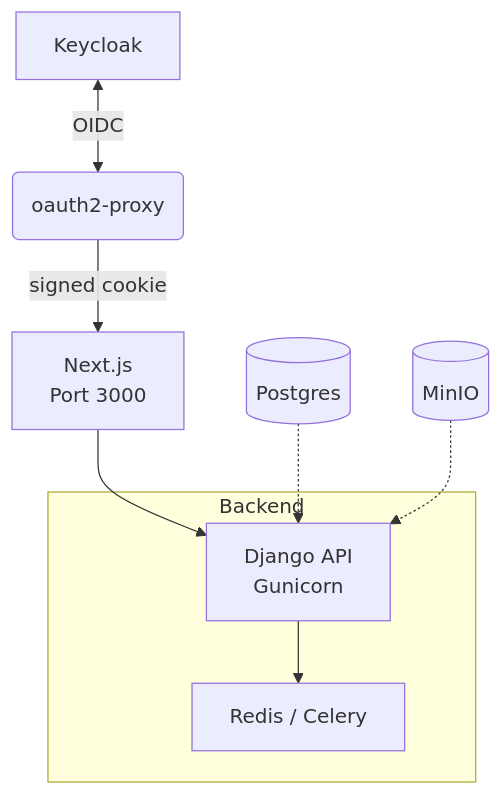
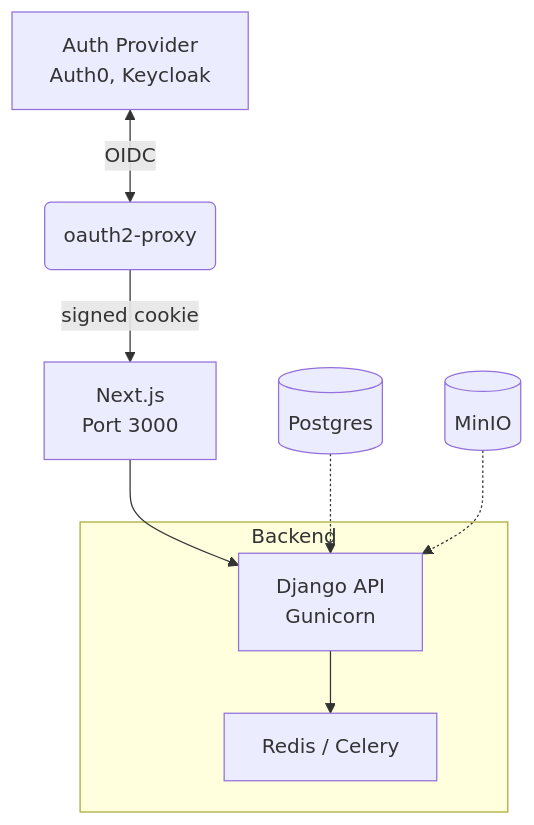
One commit to kgonidis/vcms changed the diagram in development-plan.md. Above: the diagram before and after it, drawn with Mermaid.

Commit message:
update dev plan

````diff
--- a/development-plan.md
+++ b/development-plan.md
@@ -33,13 +33,13 @@
 ```mermaid
 graph TD
-    KC[Keycloak] <-->|OIDC| OP(oauth2-proxy)
+    KC[Auth Provider<br>Auth0, Keycloak] <-->|OIDC| OP(oauth2-proxy)
     OP -->|signed cookie| NX[Next.js<br>Port 3000]
     subgraph Backend
         DJ[Django API<br>Gunicorn]
         RE[Redis / Celery]
         DJ --> RE
     end
     NX --> DJ
     PG[(Postgres)] -.-> DJ
     S3[(MinIO)] -.-> DJ
 ```
````
